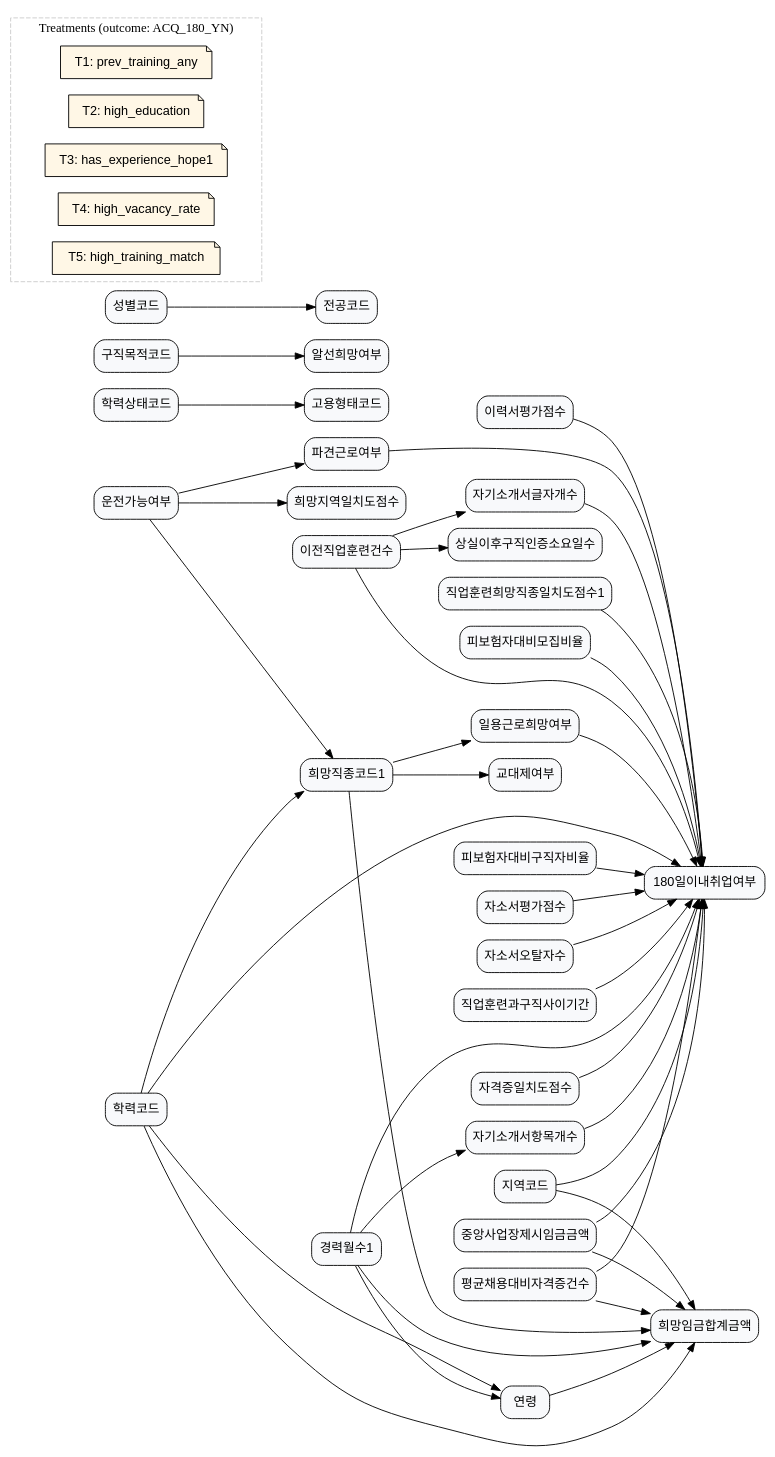
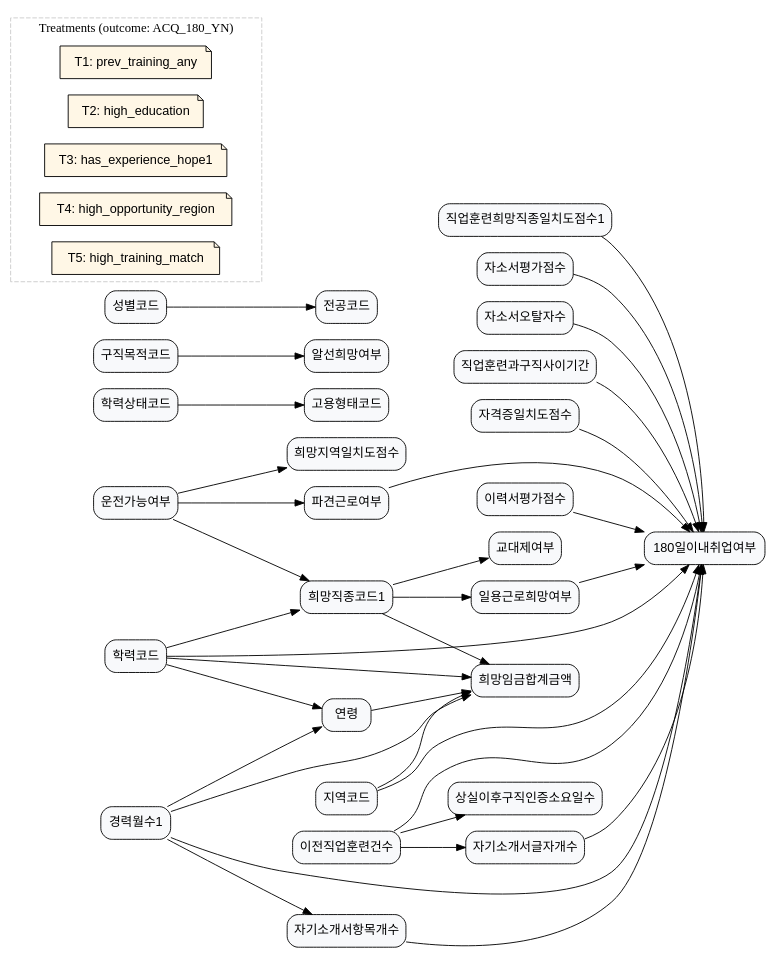
Before and after one commit to KU-LIM-Lab/dowhy-deep: the diagram in laborlab/data/graph_data/graph_1.dot, drawn with Graphviz. The commit also changed 4 other files, not shown here.

Commit message:
update graphs

```diff
--- a/laborlab/data/graph_data/graph_1.dot
+++ b/laborlab/data/graph_data/graph_1.dot
@@ -1,172 +1,158 @@
 digraph {
     rankdir=LR;
     node [shape=box, style="rounded,filled", fillcolor="#F8F9FB", fontname="Helvetica"];
 
     // ==== 노드 라벨 정의 ====
     ACQ_180_YN                  [label="180일이내취업여부"];
     FRFT_AFTR_JHNT_REQR_DYCT    [label="상실이후구직인증소요일수"];
     EMPL_STLE_CD                [label="고용형태코드"];
     ACCR_STCD                   [label="학력상태코드"];
     DSPT_LABR_YN                [label="파견근로여부"];
     DRV_PSBL_YN                 [label="운전가능여부"];
     HOPE_WAGE_SM_AMT            [label="희망임금합계금액"];
     HOPE_JSCD1                  [label="희망직종코드1"];
     CARR_MYCT1                  [label="경력월수1"];
     ACCR_CD                     [label="학력코드"];
-    NTR_BPLC_PSNT_WAGE_AMT      [label="중앙사업장제시임금금액"];
-    AVG_EMPN_VS_CRQF_CT         [label="평균채용대비자격증건수"];
     AREA_CD                     [label="지역코드"];
     AGE                         [label="연령"];
     SHSY_YN                     [label="교대제여부"];
     DLY_LABR_HOPE_YN            [label="일용근로희망여부"];
     BFR_OCTR_CT                 [label="이전직업훈련건수"];
     SFID_IEM_NUM                [label="자기소개서항목개수"];
     SFID_LTTR_NUM               [label="자기소개서글자개수"];
     OCTR_HOPE_JSFC_CSCY_SCOR1   [label="직업훈련희망직종일치도점수1"];
-    IPS_VS_RCIT_RATE            [label="피보험자대비모집비율"];
-    IPS_VS_JBHT_RATE            [label="피보험자대비구직자비율"];
     HPAR_CSCY_SCOR              [label="희망지역일치도점수"];
     JHNT_PPOS_CD                [label="구직목적코드"];
     MDTN_HOPE_YN                [label="알선희망여부"];
     SXDS_CD                     [label="성별코드"];
     MAJR_CD1                    [label="전공코드"];
 
     // 추가 파생/평가 변수 (영문 ID 유지)
     cover_score                 [label="자소서평가점수"];
     cover_typo_count            [label="자소서오탈자수"];
     days_last_training_to_jobseek [label="직업훈련과구직사이기간"];
     license_score               [label="자격증일치도점수"];
     resume_score                [label="이력서평가점수"];
 
     // ============================================================
     // ==== Treatment definitions (메타데이터용 노드) ==============
     // DoWhy/TabPFN 파이프라인에서 읽을 수 있도록
     // role="treatment_meta"로 태깅한 노드 안에 정보를 넣어둔다.
 
     subgraph cluster_treatments {
         label="Treatments (outcome: ACQ_180_YN)";
         style=dashed;
         color="#CCCCCC";
         node [shape=note, style="rounded,filled", fillcolor="#FFF7E6", fontname="Helvetica"];
 
         // T1: 이전 직업훈련 경험 (training exposure)
         T1 [
             label="T1: prev_training_any",
             role="treatment_meta",
             treatment_var="BFR_OCTR_CT",
             treatment_name="prev_training_any",
             treatment_def="BFR_OCTR_CT > 0",
             treatment_question="이전 직업훈련을 한 번이라도 받은 사람은 그렇지 않은 사람보다 6개월 이내 취업 확률이 얼마나 높은가?"
         ];
 
         // T2: 최종 학력 수준 (education level)
         T2 [
             label="T2: high_education",
             role="treatment_meta",
             treatment_var="ACCR_CD",
             treatment_name="high_education",
             treatment_def="전문대/대졸 이상=1, 고졸 이하=0 (실제 cut-off는 코드값 보고 결정)",
             treatment_question="높은 학력을 가진 구직자는 낮은 학력자에 비해 6개월 이내 취업 확률이 얼마나 다른가?"
         ];
 
         // T3: 관련 경력 보유 여부 (experience in desired occupation)
         T3 [
             label="T3: has_experience_hope1",
             role="treatment_meta",
             treatment_var="CARR_MYCT1",
             treatment_name="has_experience_hope1",
             treatment_def="CARR_MYCT1 > 0",
             treatment_question="희망직종1에 대한 관련 경력이 있는 구직자는 무경력자에 비해 6개월 이내 취업 확률이 얼마나 다른가?"
         ];
 
-        // T4: 노동시장 매칭 여건 (모집비율 높은 시장 vs 낮은 시장)
+        // T4: 노동시장 기회가 높은 지역 vs 낮은 지역 (고기회 지역)
         T4 [
-            label="T4: high_vacancy_rate",
+            label="T4: high_opportunity_region",
             role="treatment_meta",
-            treatment_var="IPS_VS_RCIT_RATE",
-            treatment_name="high_vacancy_rate",
-            treatment_def="직종×지역별 모집비율이 상위 q분위(예: 상위 30%)이면 1, 그 외 0",
-            treatment_question="채용공고가 상대적으로 많은 직종·지역에서 구직하는 사람은 6개월 이내 취업 확률이 얼마나 더 높은가?"
+            treatment_var="AREA_CD",
+            treatment_name="high_opportunity_region",
+            treatment_def="수도권/대도시 등 고기회 지역 코드=1, 그 외 지역=0 (코드 매핑 별도 정의)",
+            treatment_question="고기회 지역(예: 수도권·대도시)에 거주하는 구직자는 기타 지역 거주자보다 6개월 이내 취업 확률이 얼마나 높은가?"
         ];
 
         // T5: 직업훈련-희망직종 일치도 (training-job match quality)
         T5 [
             label="T5: high_training_match",
             role="treatment_meta",
             treatment_var="OCTR_HOPE_JSFC_CSCY_SCOR1",
             treatment_name="high_training_match",
             treatment_def="직업훈련-희망직종 일치도 점수가 상위 q분위(예: 상위 30%)이면 1, 그 외 0",
             treatment_question="직업훈련 내용이 본인이 희망하는 직종과 더 잘 맞는 구직자는 그렇지 않은 사람보다 6개월 이내 취업 확률이 얼마나 높은가?"
         ];
     }
 
     // ============================================================
-    // ==== Causal structure (원래 DAG) ===========================
+    // ==== Causal structure (원래 DAG, 네 변수만 제거) ===========
 
     // --- 운전가능여부 ---
     DRV_PSBL_YN -> DSPT_LABR_YN;          // 운전이 가능하면 파견 근로의 장벽이 낮아짐
     DRV_PSBL_YN -> HOPE_JSCD1;            // 운전면허가 필요한 직업군
     DRV_PSBL_YN -> HPAR_CSCY_SCOR;        // 운전 가능하면 먼 지역 근무도 수용하기 쉬움
 
     // --- 이전직업훈련건수 ---
     BFR_OCTR_CT -> FRFT_AFTR_JHNT_REQR_DYCT; // 퇴직 후 훈련을 많이 받을수록 구직활동 지연
     BFR_OCTR_CT -> SFID_LTTR_NUM;            // 훈련 많이 받은 사람은 자소서에 쓸 내용이 많음
     BFR_OCTR_CT -> ACQ_180_YN;               // (직접원인) 취업 여부에 영향
 
     // --- 학력상태코드 ---
     ACCR_STCD -> EMPL_STLE_CD;           // 재학/휴학/졸업 여부에 따라 고용형태 달라짐
 
     // --- 학력코드 ---
     ACCR_CD -> HOPE_WAGE_SM_AMT;         // 이정도 공부했으면 희망임금 상향
     ACCR_CD -> HOPE_JSCD1;               // 학력에 따라 직업풀이 다름
     ACCR_CD -> AGE;                      // 박사가 고졸보다 나이 많음
     ACCR_CD -> ACQ_180_YN;               // (직접원인) 취업 여부에 영향
 
     // --- 경력월수1 ---
     CARR_MYCT1 -> HOPE_WAGE_SM_AMT;      // 경력 많으면 희망임금 상향
     CARR_MYCT1 -> AGE;                   // 경력 많은 사람은 나이도 많음
     CARR_MYCT1 -> SFID_IEM_NUM;          // 경력 많으면 자소서 항목 많아짐
     CARR_MYCT1 -> ACQ_180_YN;            // (직접원인) 취업 여부에 영향
 
     // --- 희망직종코드1 ---
     HOPE_JSCD1 -> HOPE_WAGE_SM_AMT;      // 직종에 따라 희망임금 달라짐
     HOPE_JSCD1 -> SHSY_YN;               // 직종에 따라 교대제 필요
     HOPE_JSCD1 -> DLY_LABR_HOPE_YN;      // 직종에 따라 일용근무 여부 달라짐
 
-    // --- 중앙사업장제시임금금액 ---
-    NTR_BPLC_PSNT_WAGE_AMT -> HOPE_WAGE_SM_AMT; // 제시 임금 수준이 희망임금에 영향
-    NTR_BPLC_PSNT_WAGE_AMT -> ACQ_180_YN;       // (직접원인) 취업 여부에 영향
-
-    // --- 평균채용대비자격증건수 ---
-    AVG_EMPN_VS_CRQF_CT -> HOPE_WAGE_SM_AMT;    // 자격증 많으면 희망임금 상향
-    AVG_EMPN_VS_CRQF_CT -> ACQ_180_YN;          // (직접원인) 취업 여부에 영향
-
     // --- 지역코드 ---
-    AREA_CD -> HOPE_WAGE_SM_AMT;                // 지역 차이로 희망임금 달라짐
-    AREA_CD -> ACQ_180_YN;                      // (직접원인) 취업 여부에 영향
+    AREA_CD -> HOPE_WAGE_SM_AMT;         // 지역 차이로 희망임금 달라짐
+    AREA_CD -> ACQ_180_YN;               // (직접원인) 취업 여부에 영향
 
     // --- 연령 ---
-    AGE -> HOPE_WAGE_SM_AMT;                    // 연령 높을수록 희망임금 상향
+    AGE -> HOPE_WAGE_SM_AMT;             // 연령 높을수록 희망임금 상향
 
     // --- 구직목적코드 ---
-    JHNT_PPOS_CD -> MDTN_HOPE_YN;               // 구직 목적에 따라 알선 희망 여부 달라짐
+    JHNT_PPOS_CD -> MDTN_HOPE_YN;        // 구직 목적에 따라 알선 희망 여부 달라짐
 
     // --- 성별코드 ---
-    SXDS_CD -> MAJR_CD1;                        // 성별에 따라 전공 선택이 다름
+    SXDS_CD -> MAJR_CD1;                 // 성별에 따라 전공 선택이 다름
 
     // --- 자기소개서/이력·자격 관련 파생지표 ---
     cover_score -> ACQ_180_YN;                  // 자소서 평가점수는 취업에 직접 영향
     cover_typo_count -> ACQ_180_YN;             // 오탈자 수는 취업에 직접 영향
     days_last_training_to_jobseek -> ACQ_180_YN; // 마지막 훈련~구직기간 길면 취업에 영향
     license_score -> ACQ_180_YN;                // 자격증 일치도는 취업에 직접 영향
     resume_score -> ACQ_180_YN;                 // 이력서 점수는 취업에 직접 영향
 
     // --- 취업 여부의 기타 직접 원인 ---
     DSPT_LABR_YN -> ACQ_180_YN;                 // 파견근로여부
     DLY_LABR_HOPE_YN -> ACQ_180_YN;             // 일용근로희망여부
     SFID_IEM_NUM -> ACQ_180_YN;                 // 자기소개서항목개수
     SFID_LTTR_NUM -> ACQ_180_YN;                // 자기소개서글자개수
     OCTR_HOPE_JSFC_CSCY_SCOR1 -> ACQ_180_YN;    // 직업훈련희망직종일치도점수1
-    IPS_VS_RCIT_RATE -> ACQ_180_YN;             // 피보험자대비모집비율
-    IPS_VS_JBHT_RATE -> ACQ_180_YN;             // 피보험자대비구직자비율
 }
```
